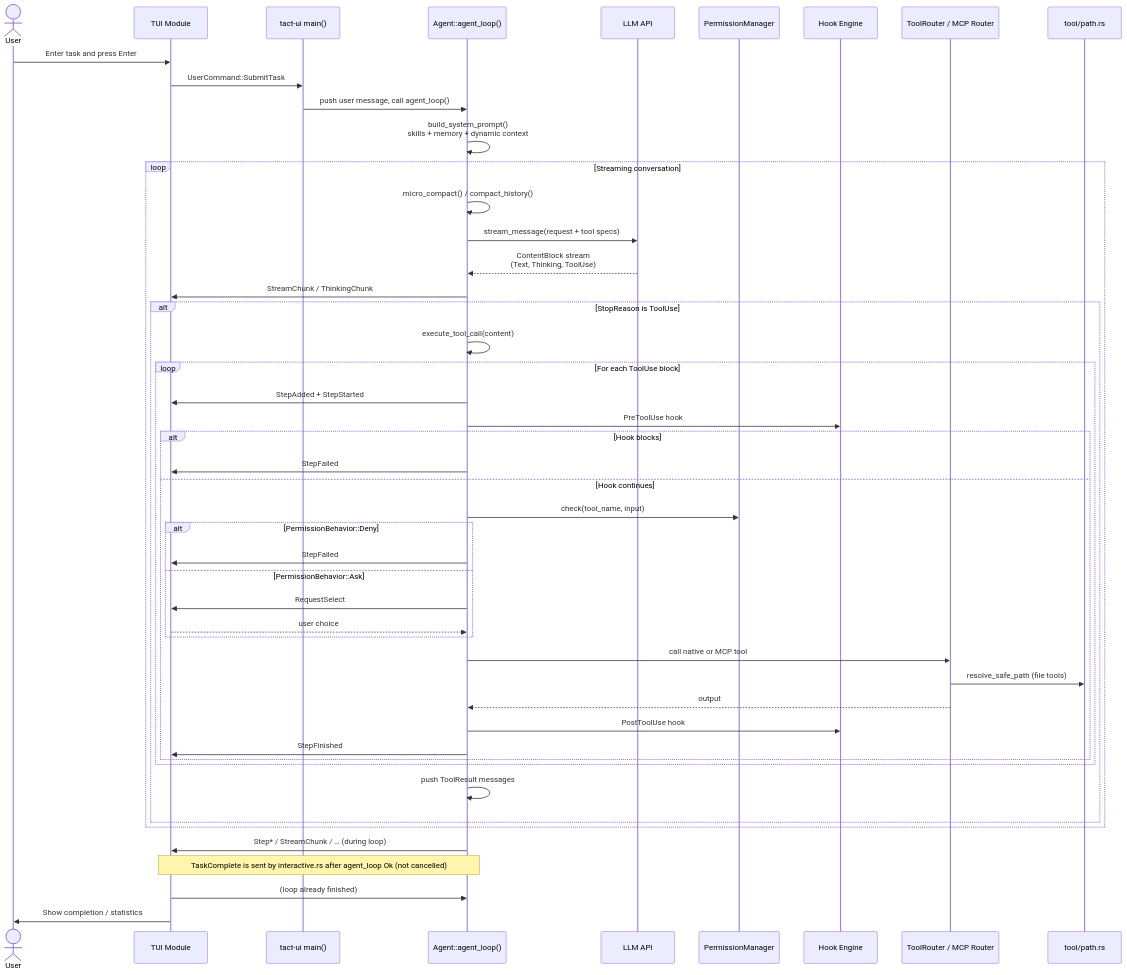
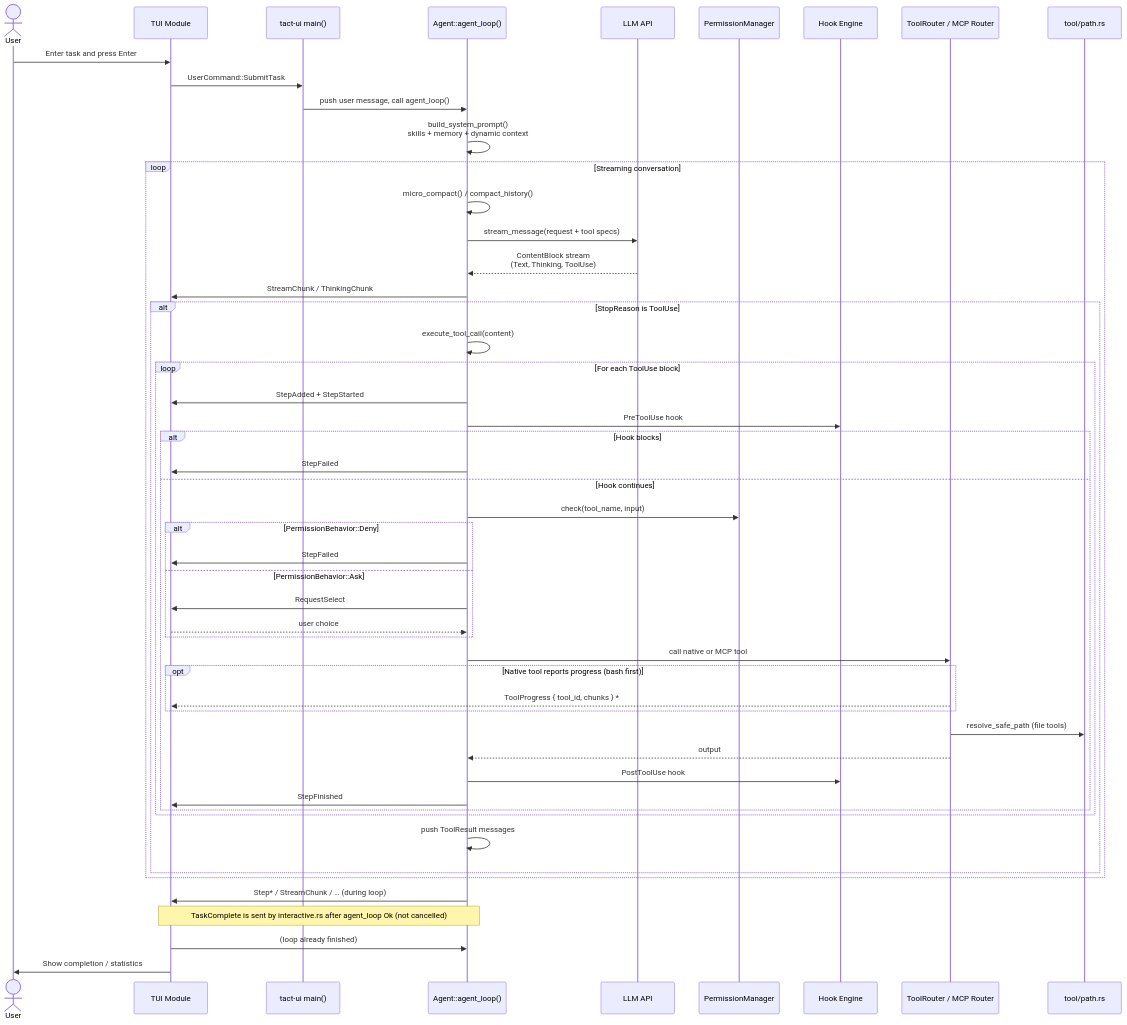
The third of 10 diagrams in ARCHITECTURE.md (rust-infra/tact), drawn with Mermaid before and after one commit. The commit also changed other lines of this file and 190 other files, not shown here.

````diff
--- a/ARCHITECTURE.md
+++ b/ARCHITECTURE.md
@@ -149,54 +149,57 @@
 ```mermaid
 sequenceDiagram
     actor U as User
     participant TUI as TUI Module
     participant Main as tact-ui main()
     participant Agent as Agent::agent_loop()
     participant LLM as LLM API
     participant Perm as PermissionManager
     participant Hook as Hook Engine
     participant TR as ToolRouter / MCP Router
     participant PATH as tool/path.rs
 
     U ->> TUI: Enter task and press Enter
     TUI ->> Main: UserCommand::SubmitTask
     Main ->> Agent: push user message, call agent_loop()
     Agent ->> Agent: build_system_prompt()<br/>skills + memory + dynamic context
 
     loop Streaming conversation
         Agent ->> Agent: micro_compact() / compact_history()
         Agent ->> LLM: stream_message(request + tool specs)
         LLM -->> Agent: ContentBlock stream<br/>(Text, Thinking, ToolUse)
         Agent ->> TUI: StreamChunk / ThinkingChunk
 
         alt StopReason is ToolUse
             Agent ->> Agent: execute_tool_call(content)
             loop For each ToolUse block
                 Agent ->> TUI: StepAdded + StepStarted
                 Agent ->> Hook: PreToolUse hook
                 alt Hook blocks
                     Agent ->> TUI: StepFailed
                 else Hook continues
                     Agent ->> Perm: check(tool_name, input)
                     alt PermissionBehavior::Deny
                         Agent ->> TUI: StepFailed
                     else PermissionBehavior::Ask
                         Agent ->> TUI: RequestSelect
                         TUI -->> Agent: user choice
                     end
                     Agent ->> TR: call native or MCP tool
+                    opt Native tool reports progress (bash first)
+                        TR -->> TUI: ToolProgress { tool_id, chunks } *
+                    end
                     TR ->> PATH: resolve_safe_path (file tools)
                     TR -->> Agent: output
                     Agent ->> Hook: PostToolUse hook
                     Agent ->> TUI: StepFinished
                 end
             end
             Agent ->> Agent: push ToolResult messages
         end
     end
 
     Agent ->> TUI: Step* / StreamChunk / … (during loop)
     Note over Agent,TUI: TaskComplete is sent by interactive.rs after agent_loop Ok (not cancelled)
     TUI ->> Agent: (loop already finished)
     TUI ->> U: Show completion / statistics
 ```
````
